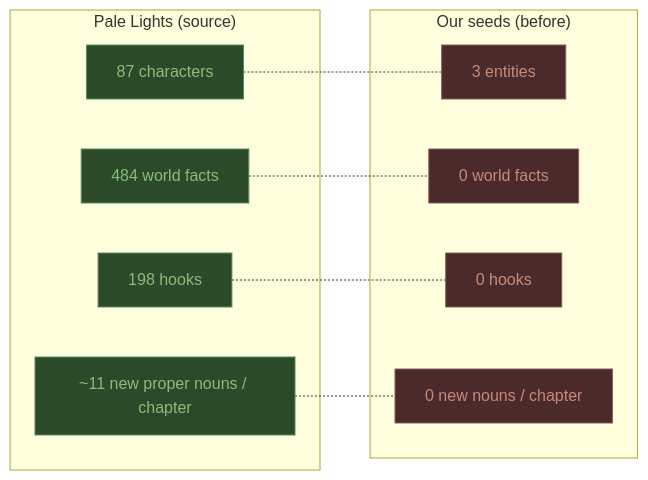
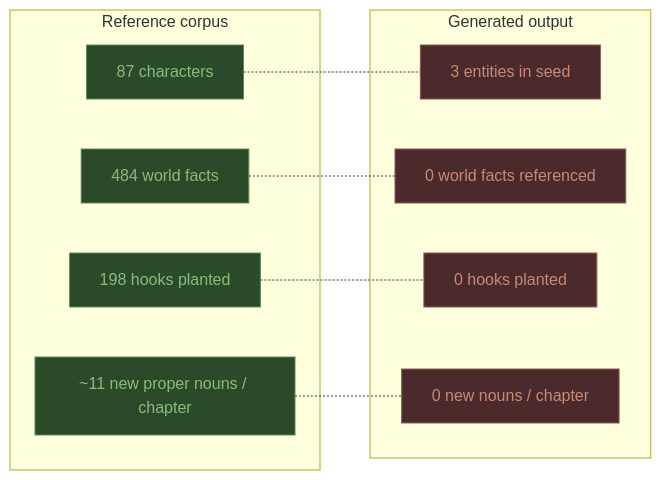
The first of 7 diagrams in docs/technical-report-2026-04-15-16.md (RPP1011/quest_game), drawn with Mermaid before and after one commit. The commit also changed other lines of this file, not shown here.

First line of the commit message:
docs: rewrite technical report — strip debugging, focus on architecture

```diff
--- a/docs/technical-report-2026-04-15-16.md
+++ b/docs/technical-report-2026-04-15-16.md
@@ -23,27 +23,27 @@
 <pre class="mermaid" markdown="0">
 graph LR
-    subgraph "Pale Lights (source)"
+    subgraph "Reference corpus"
         PL_E["87 characters"]
         PL_W["484 world facts"]
-        PL_H["198 hooks"]
+        PL_H["198 hooks planted"]
         PL_D["~11 new proper nouns / chapter"]
     end
-    subgraph "Our seeds (before)"
-        US_E["3 entities"]
-        US_W["0 world facts"]
-        US_H["0 hooks"]
+    subgraph "Generated output"
+        US_E["3 entities in seed"]
+        US_W["0 world facts referenced"]
+        US_H["0 hooks planted"]
         US_D["0 new nouns / chapter"]
     end
     PL_E -.- US_E
     PL_W -.- US_W
     PL_H -.- US_H
     PL_D -.- US_D
     style PL_E fill:#2a4a2a,stroke:#5a8a5a,color:#8abc7a
     style PL_W fill:#2a4a2a,stroke:#5a8a5a,color:#8abc7a
     style PL_H fill:#2a4a2a,stroke:#5a8a5a,color:#8abc7a
     style PL_D fill:#2a4a2a,stroke:#5a8a5a,color:#8abc7a
     style US_E fill:#4a2a2a,stroke:#8a5a5a,color:#c78a7a
     style US_W fill:#4a2a2a,stroke:#8a5a5a,color:#c78a7a
     style US_H fill:#4a2a2a,stroke:#8a5a5a,color:#c78a7a
     style US_D fill:#4a2a2a,stroke:#8a5a5a,color:#c78a7a
 </pre>
```
